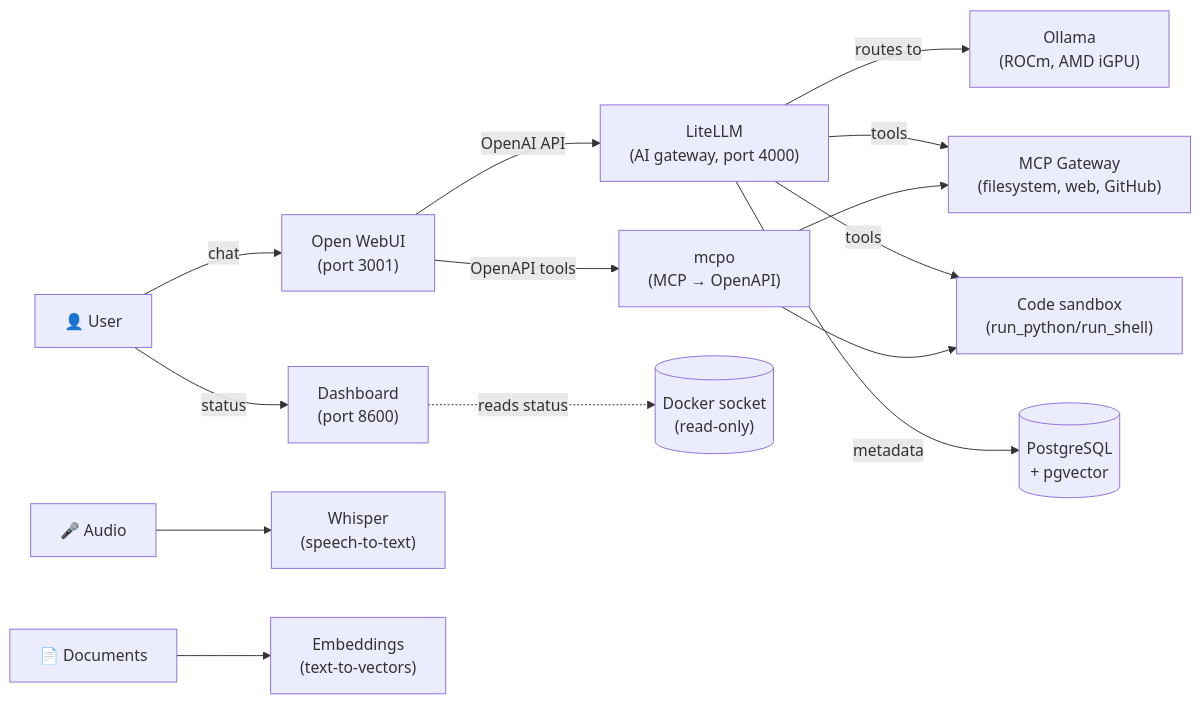
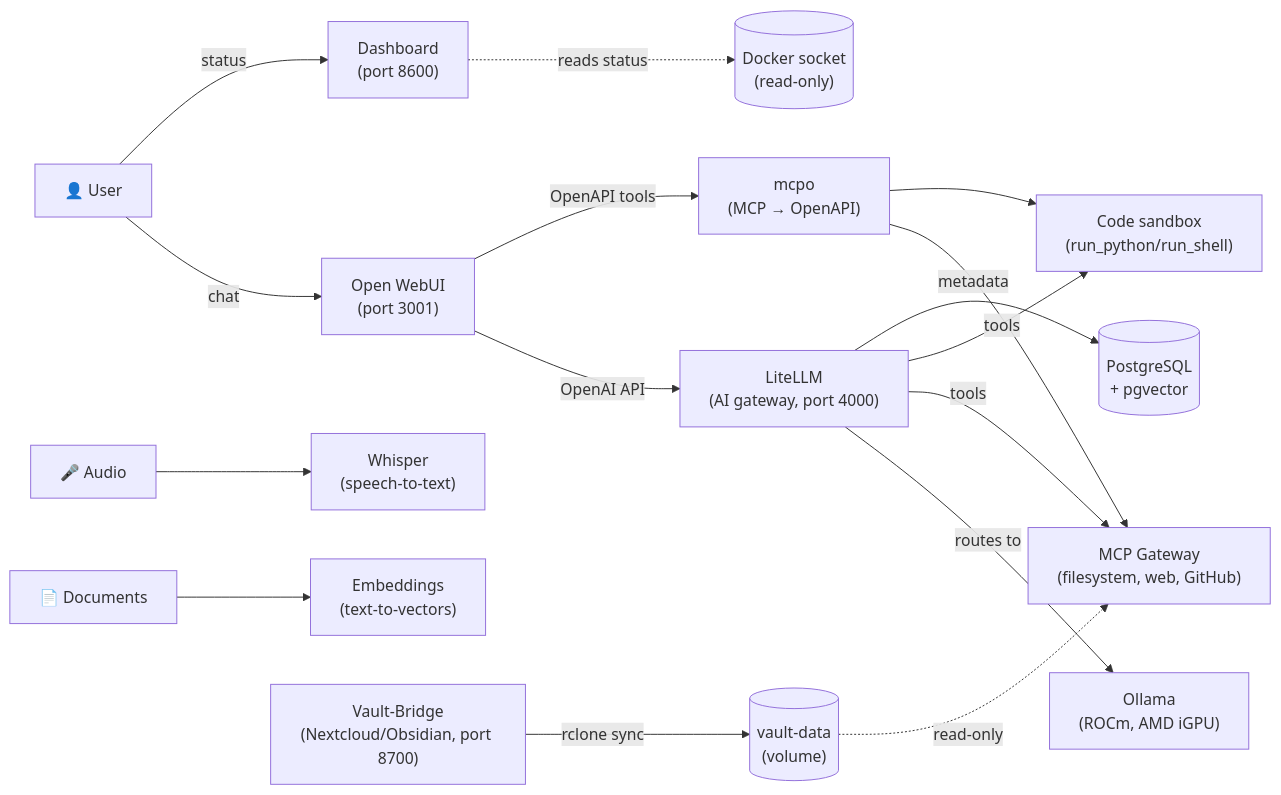
One commit to derBerliner1983/self-hosted-llm-stack changed the first of 2 diagrams in README-en.md. Above: the diagram before and after it, drawn with Mermaid. The commit also changed other lines of this file and 9 other files, not shown here.

````diff
--- a/README-en.md
+++ b/README-en.md
@@ -84,16 +84,18 @@
 ```mermaid
 graph LR
     U["👤 User"] -->|chat| W["Open WebUI<br/>(port 3001)"]
     U -->|status| DASH["Dashboard<br/>(port 8600)"]
     W -->|OpenAI API| L["LiteLLM<br/>(AI gateway, port 4000)"]
     W -->|OpenAPI tools| MO["mcpo<br/>(MCP → OpenAPI)"]
     L -->|routes to| O["Ollama<br/>(ROCm, AMD iGPU)"]
     L -->|tools| M["MCP Gateway<br/>(filesystem, web, GitHub)"]
     L -->|tools| S["Code sandbox<br/>(run_python/run_shell)"]
     MO --> M
     MO --> S
     L -->|metadata| DB[("PostgreSQL<br/>+ pgvector")]
     A["🎤 Audio"] --> WH["Whisper<br/>(speech-to-text)"]
     D["📄 Documents"] --> E["Embeddings<br/>(text-to-vectors)"]
     DASH -.->|reads status| SOCK[("Docker socket<br/>(read-only)")]
+    VB["Vault-Bridge<br/>(Nextcloud/Obsidian, port 8700)"] -->|rclone sync| VD[("vault-data<br/>(volume)")]
+    VD -.->|read-only| M
 ```
````
